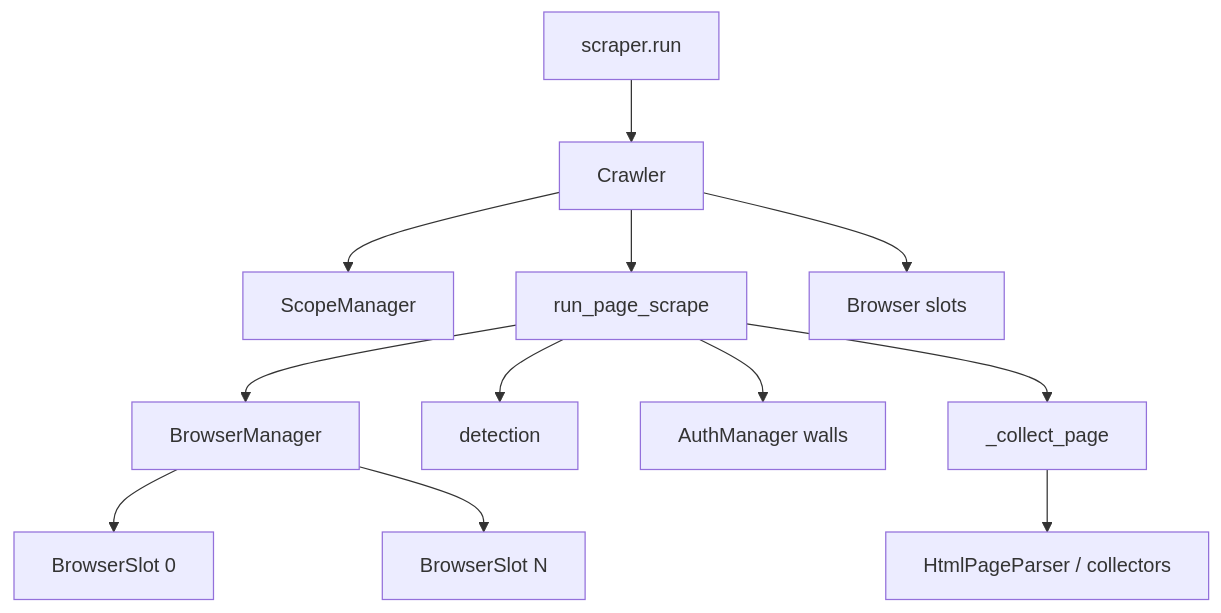
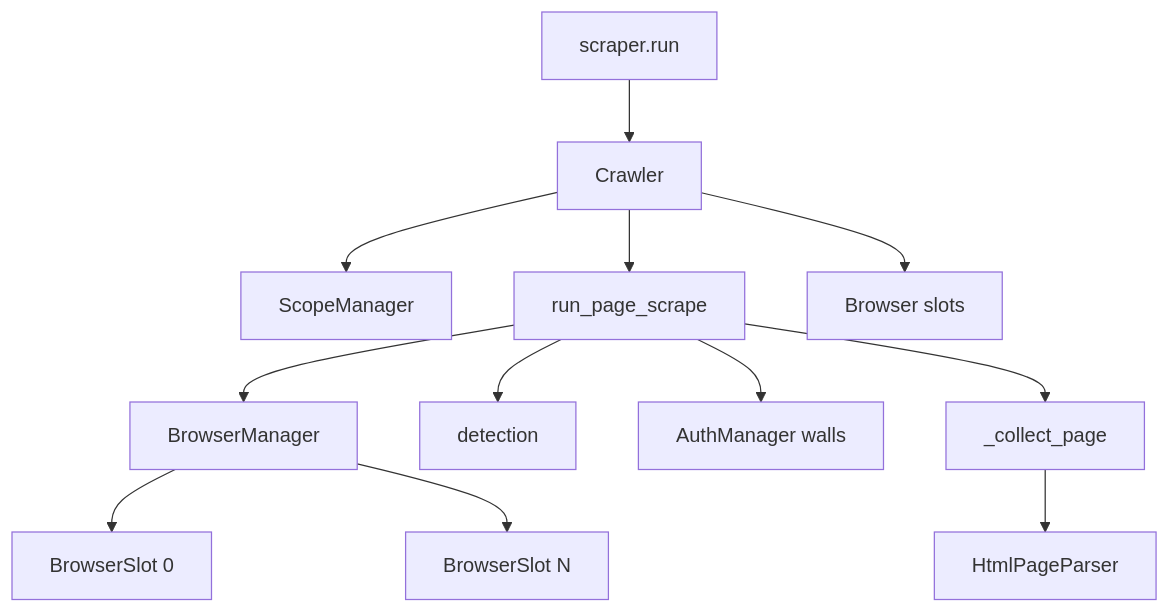
Before and after one commit to Shellghostt/WebVac: the first of 7 diagrams in docs/architecture/CRAWL.md, drawn with Mermaid. The commit also changed other lines of this file and 13 other files, not shown here.

First line of the commit message:
Refresh docs for the scrape-only product flow.

````diff
--- a/docs/architecture/CRAWL.md
+++ b/docs/architecture/CRAWL.md
@@ -19,14 +19,14 @@
 ```mermaid
 flowchart TB
   Scraper[scraper.run] --> Crawler
   Crawler --> Scope[ScopeManager]
   Crawler --> Flow[run_page_scrape]
   Crawler --> Pool[Browser slots]
   Flow --> BM[BrowserManager]
   Flow --> Det[detection]
   Flow --> Auth[AuthManager walls]
   Flow --> Collect[_collect_page]
-  Collect --> Parser[HtmlPageParser / collectors]
+  Collect --> Parser[HtmlPageParser]
   BM --> Slot0[BrowserSlot 0]
   BM --> SlotN[BrowserSlot N]
 ```
````
